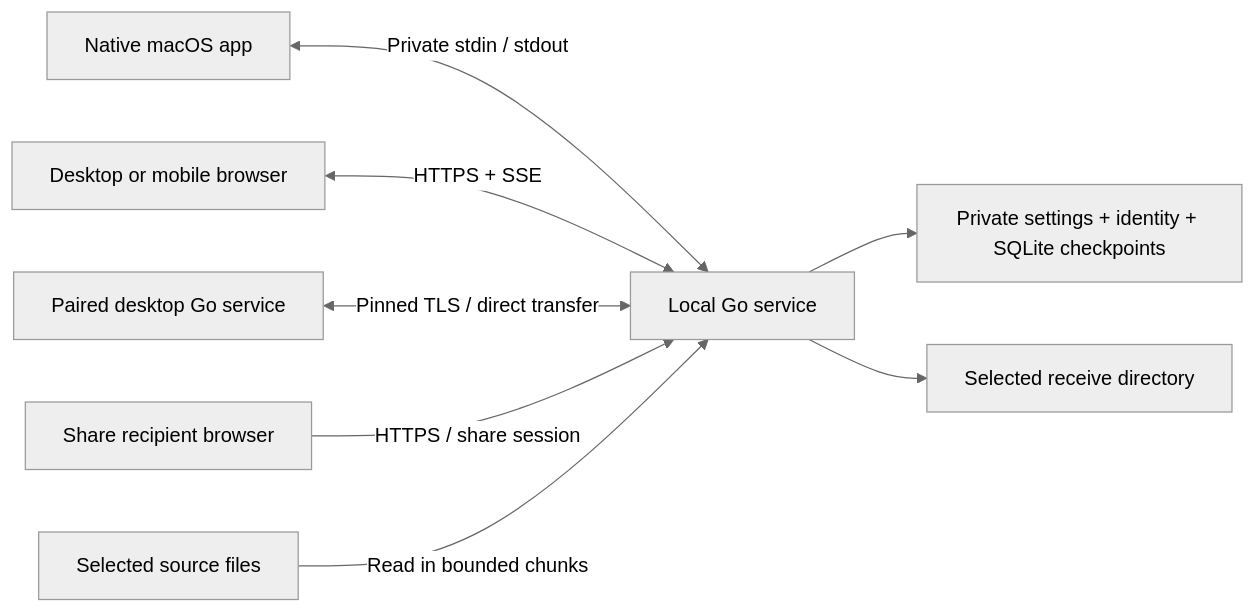
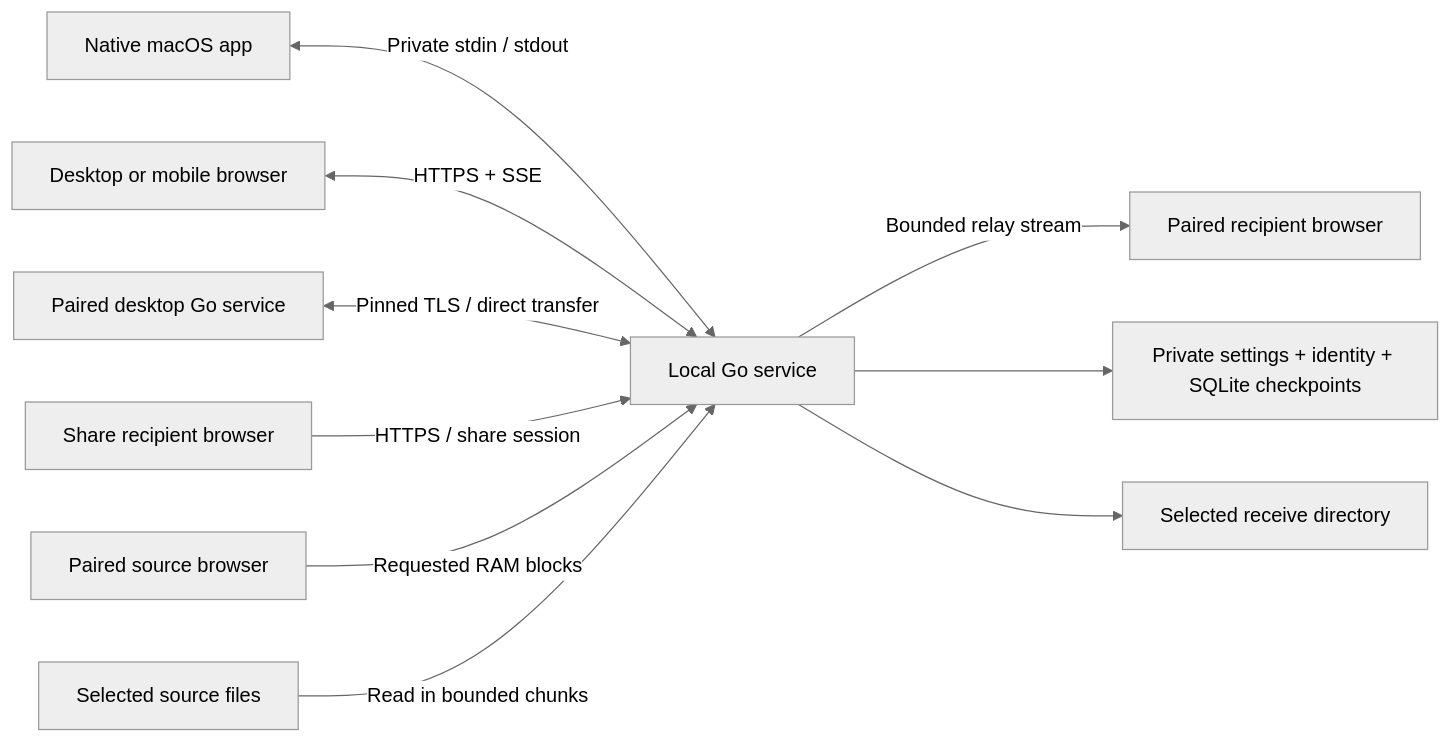
One commit to lucaskleinsteuber/Airlink changed the diagram in docs/ARCHITECTURE.md. Above: the diagram before and after it, drawn with Mermaid (neutral theme). The commit also changed other lines of this file and 56 other files, not shown here.

Commit message:
Add AirLink 0.3.0 browser relay, transfer controls and history

````diff
--- a/docs/ARCHITECTURE.md
+++ b/docs/ARCHITECTURE.md
@@ -5,10 +5,12 @@
 ```mermaid
 flowchart LR
   Mac[Native macOS app] <-->|Private stdin / stdout| Host[Local Go service]
   Browser[Desktop or mobile browser] <-->|HTTPS + SSE| Host
   Peer[Paired desktop Go service] <-->|Pinned TLS / direct transfer| Host
   Recipient[Share recipient browser] -->|HTTPS / share session| Host
+  SenderTab[Paired source browser] -->|Requested RAM blocks| Host
+  Host -->|Bounded relay stream| ReceiverTab[Paired recipient browser]
   Host --> State[Private settings + identity + SQLite checkpoints]
   Host --> Destination[Selected receive directory]
   Source[Selected source files] -->|Read in bounded chunks| Host
 ```
````
